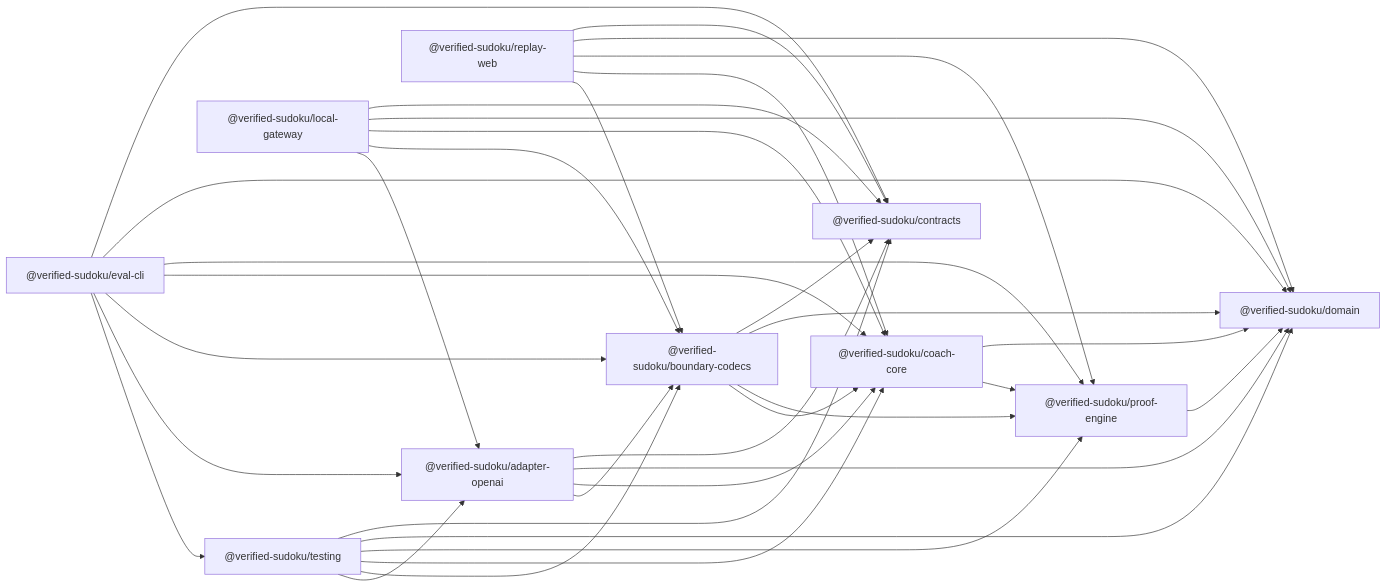
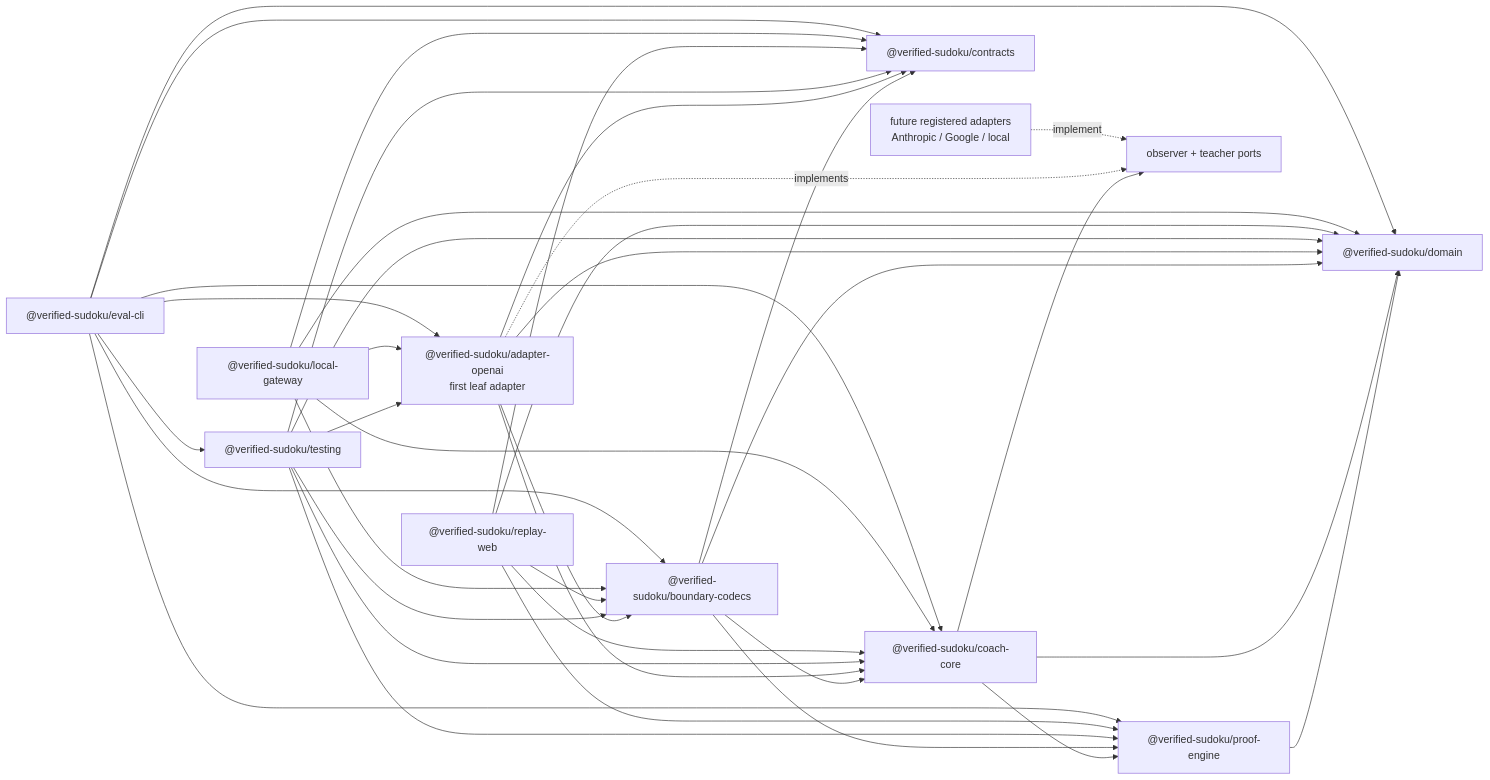
One commit to memorex386/verified-sudoku-coach changed the diagram in docs/architecture/system.md. Above: the diagram before and after it, drawn with Mermaid. The commit also changed other lines of this file and 54 other files, not shown here.

````diff
--- a/docs/architecture/system.md
+++ b/docs/architecture/system.md
@@ -7,48 +7,53 @@
 ```mermaid
 flowchart LR
     Domain["@verified-sudoku/domain"]
     Proof["@verified-sudoku/proof-engine"]
     Coach["@verified-sudoku/coach-core"]
     Contracts["@verified-sudoku/contracts"]
     Codecs["@verified-sudoku/boundary-codecs"]
-    OpenAI["@verified-sudoku/adapter-openai"]
+    ProviderPorts["observer + teacher ports"]
+    OpenAI["@verified-sudoku/adapter-openai\nfirst leaf adapter"]
+    FutureAdapters["future registered adapters\nAnthropic / Google / local"]
     Testing["@verified-sudoku/testing"]
     Replay["@verified-sudoku/replay-web"]
     Gateway["@verified-sudoku/local-gateway"]
     Eval["@verified-sudoku/eval-cli"]
 
     Proof --> Domain
     Coach --> Domain
     Coach --> Proof
+    Coach --> ProviderPorts
     Codecs --> Contracts
     Codecs --> Domain
     Codecs --> Proof
     Codecs --> Coach
     OpenAI --> Contracts
     OpenAI --> Domain
     OpenAI --> Coach
     OpenAI --> Codecs
+    OpenAI -. implements .-> ProviderPorts
+    FutureAdapters -. implement .-> ProviderPorts
     Testing --> Contracts
     Testing --> Domain
     Testing --> Proof
     Testing --> Coach
     Testing --> Codecs
     Testing --> OpenAI
     Replay --> Contracts
     Replay --> Domain
     Replay --> Proof
     Replay --> Coach
     Replay --> Codecs
     Gateway --> Contracts
     Gateway --> Domain
     Gateway --> Coach
     Gateway --> Codecs
     Gateway --> OpenAI
     Eval --> Contracts
     Eval --> Domain
     Eval --> Proof
     Eval --> Coach
     Eval --> Codecs
     Eval --> OpenAI
     Eval --> Testing
 ```
````
